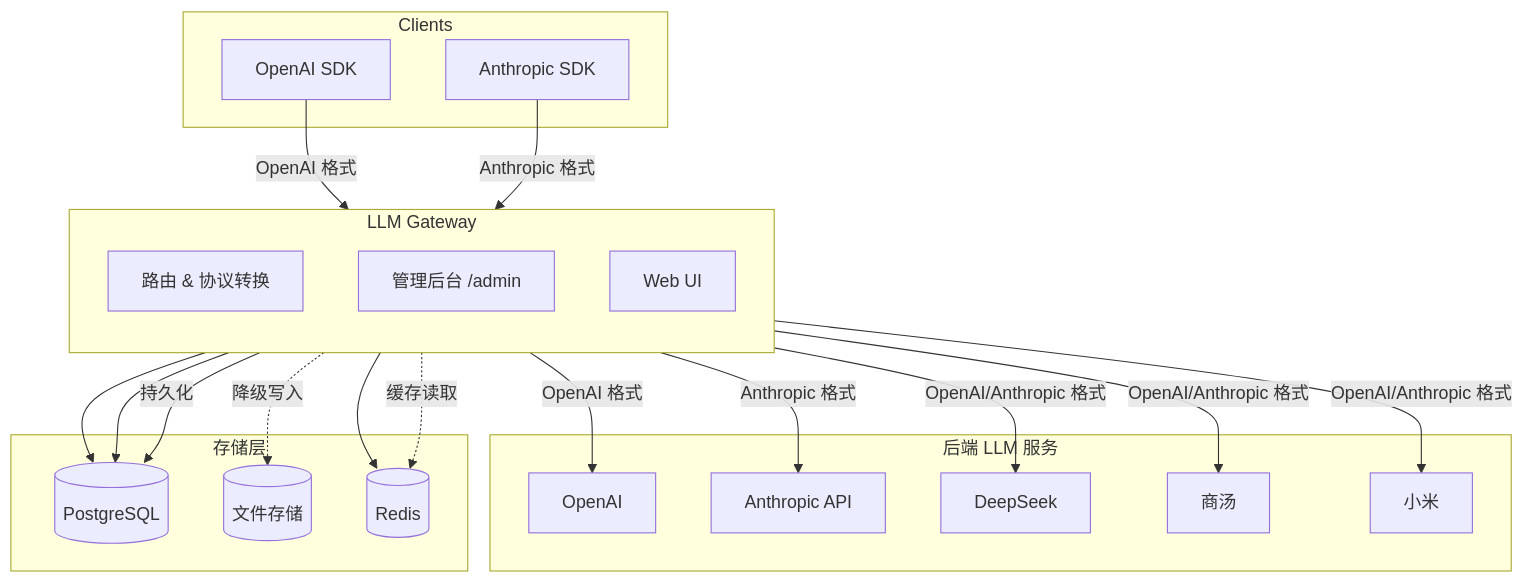
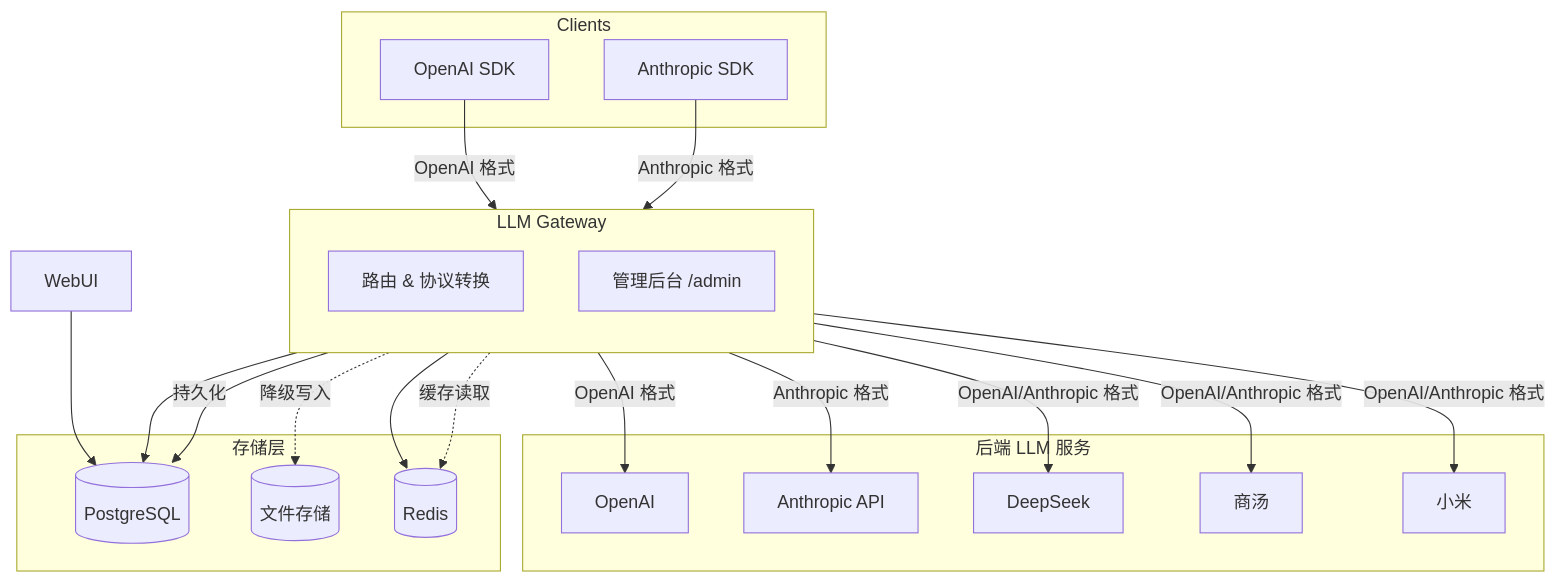
The diagram in README.md (AaronRZH/llm-gateway), drawn with Mermaid before and after one commit. The commit also changed other lines of this file and 7 other files, not shown here.

````diff
--- a/README.md
+++ b/README.md
@@ -18,45 +18,44 @@
 ```mermaid
 flowchart TB
     subgraph Clients
         OpenAI_SDK[OpenAI SDK]
         Anthropic_SDK[Anthropic SDK]
     end
 
     subgraph Gateway[LLM Gateway]
         direction TB
         GatewayCore[路由 & 协议转换]
         Admin[管理后台 /admin]
-        WebUI[Web UI]
     end
 
     subgraph Backends[后端 LLM 服务]
         OpenAI_Chat[OpenAI]
         Anthropic_API[Anthropic API]
         DeepSeek[DeepSeek]
         ShangTang[商汤]
         XiaoMi[小米]
     end
 
     subgraph Storage[存储层]
         PostgreSQL[(PostgreSQL)]
         FileStorage[(文件存储)]
         Redis[(Redis)]
     end
 
     OpenAI_SDK -->|OpenAI 格式| GatewayCore
     Anthropic_SDK -->|Anthropic 格式| GatewayCore
 
     GatewayCore -->|OpenAI 格式| OpenAI_Chat
     GatewayCore -->|Anthropic 格式| Anthropic_API
     GatewayCore -->|OpenAI/Anthropic 格式| DeepSeek
     GatewayCore -->|OpenAI/Anthropic 格式| ShangTang
     GatewayCore -->|OpenAI/Anthropic 格式| XiaoMi
 
     Admin --> PostgreSQL
     Admin --> Redis
     WebUI --> PostgreSQL
 
     GatewayCore -.->|缓存读取| Redis
     GatewayCore -.->|降级写入| FileStorage
     GatewayCore -->|持久化| PostgreSQL
 ```
````
